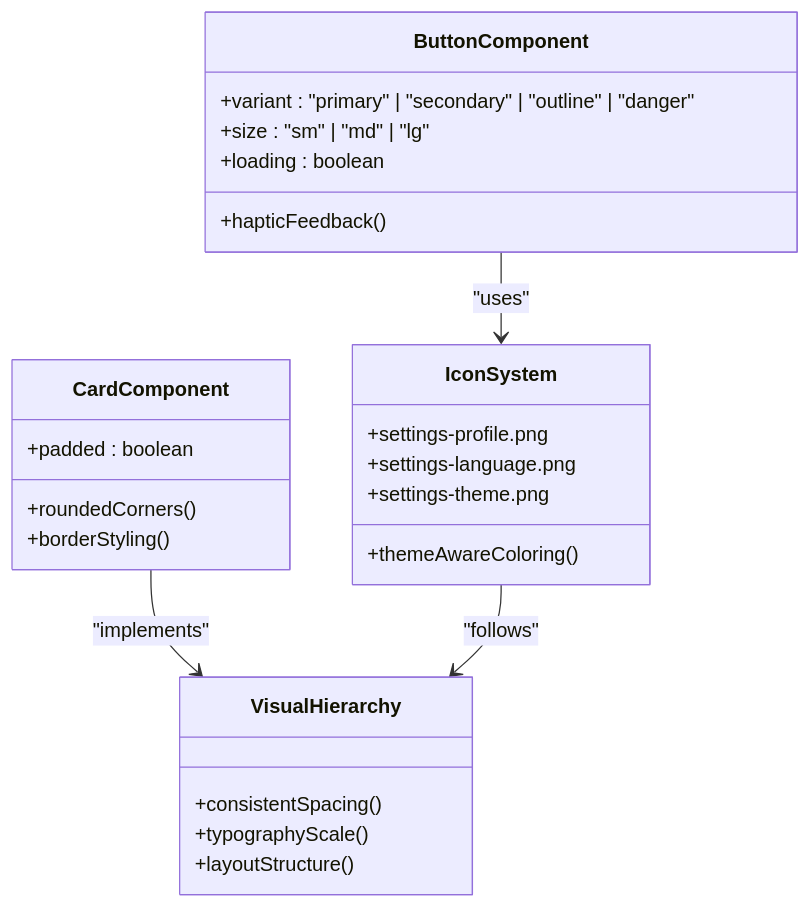
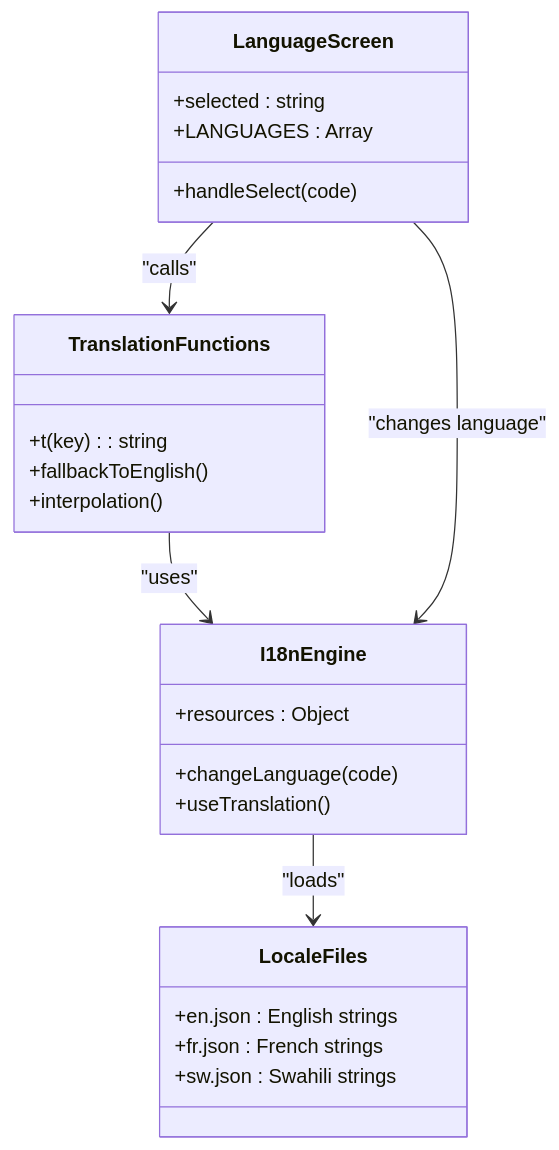
One commit to AdeelTahir-SE/DermSight changed the fourth of 11 diagrams in .qoder/repowiki/en/content/Settings and Configuration.md. Above: the diagram before and after it, drawn with Mermaid. The commit also changed other lines of this file and 37 other files, not shown here.

````diff
--- a/.qoder/repowiki/en/content/Settings and Configuration.md
+++ b/.qoder/repowiki/en/content/Settings and Configuration.md
@@ -248,28 +259,27 @@
 ```mermaid
 classDiagram
-class ButtonComponent {
-+variant : "primary" | "secondary" | "outline" | "danger"
-+size : "sm" | "md" | "lg"
-+loading : boolean
-+hapticFeedback()
+class I18nEngine {
++changeLanguage(code)
++useTranslation()
++resources : Object
 }
-class CardComponent {
-+padded : boolean
-+roundedCorners()
-+borderStyling()
+class LocaleFiles {
++en.json : English strings
++fr.json : French strings
++sw.json : Swahili strings
 }
-class IconSystem {
-+settings-profile.png
-+settings-language.png
-+settings-theme.png
-+themeAwareColoring()
+class TranslationFunctions {
++t(key) : string
++fallbackToEnglish()
++interpolation()
 }
-class VisualHierarchy {
-+consistentSpacing()
-+typographyScale()
-+layoutStructure()
+class LanguageScreen {
++handleSelect(code)
++selected : string
++LANGUAGES : Array
 }
-ButtonComponent --> IconSystem : "uses"
-CardComponent --> VisualHierarchy : "implements"
-IconSystem --> VisualHierarchy : "follows"
+I18nEngine --> LocaleFiles : "loads"
+TranslationFunctions --> I18nEngine : "uses"
+LanguageScreen --> TranslationFunctions : "calls"
+LanguageScreen --> I18nEngine : "changes language"
 ```
````
